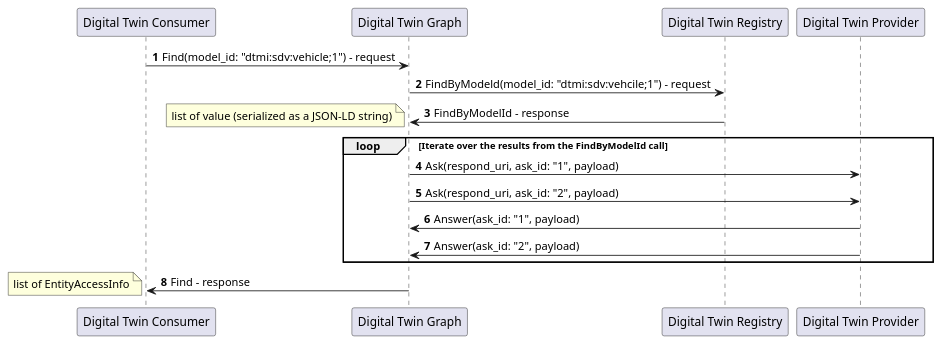
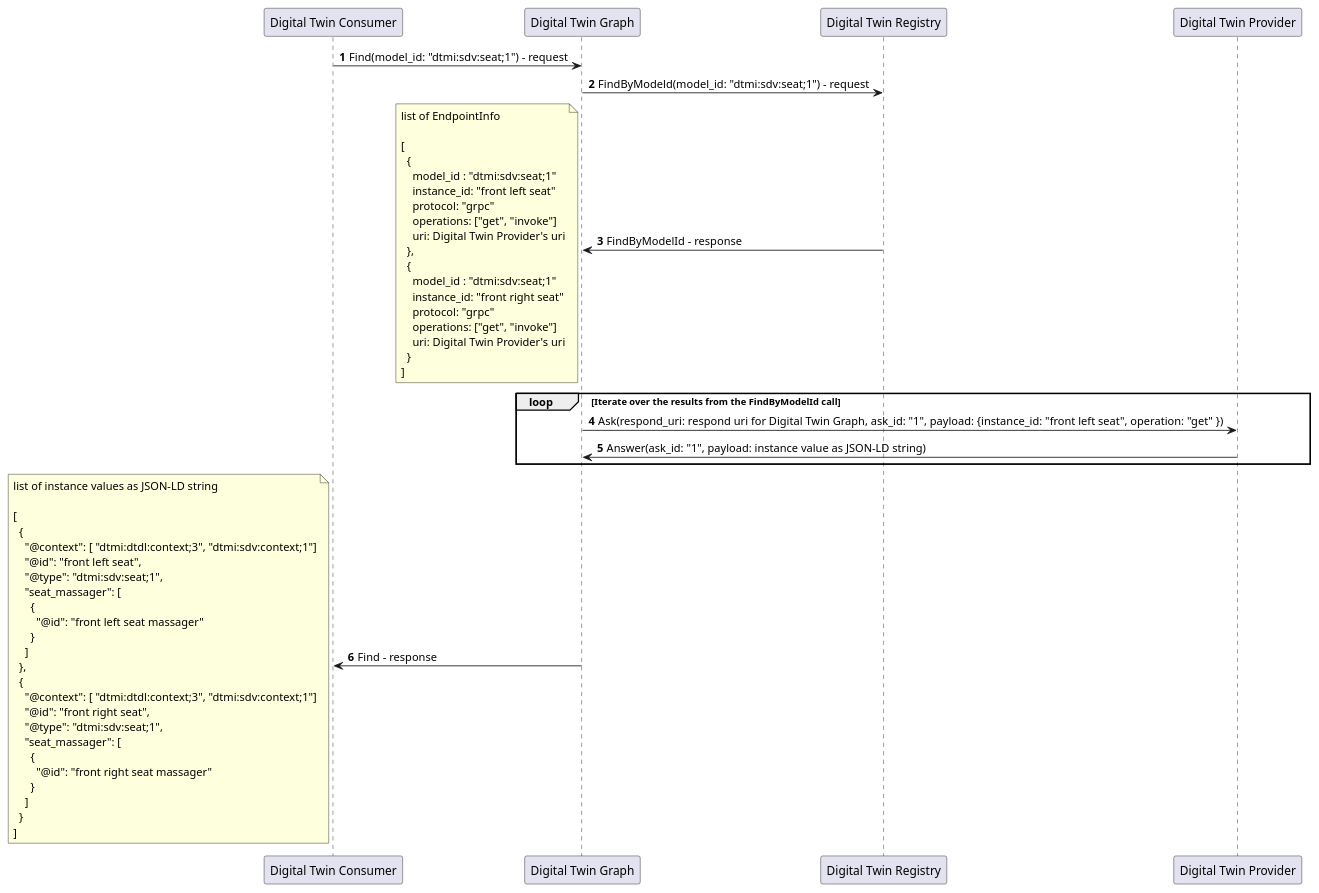
The diagram in docs/design/modules/digital_twin_graph/diagrams/find_sequence.puml (eclipse-ibeji/ibeji), drawn with PlantUML before and after one commit. The commit also changed 9 other files, not shown here.

Commit message:
Digital Twin Graph

```diff
--- a/docs/design/modules/digital_twin_graph/diagrams/find_sequence.puml
+++ b/docs/design/modules/digital_twin_graph/diagrams/find_sequence.puml
@@ -1,31 +1,69 @@
 @startuml
 
 autonumber
 
 participant "Digital Twin Consumer" as CONSUMER
 participant "Digital Twin Graph" as DIGITAL_TWIN_GRAPH
 participant "Digital Twin Registry" as DIGITAL_TWIN_REGISTRY
 participant "Digital Twin Provider" as PROVIDER
 
-CONSUMER -> DIGITAL_TWIN_GRAPH: Find(model_id: "dtmi:sdv:vehicle;1") - request
+CONSUMER -> DIGITAL_TWIN_GRAPH: Find(model_id: "dtmi:sdv:seat;1") - request
 
-DIGITAL_TWIN_GRAPH -> DIGITAL_TWIN_REGISTRY: FindByModeld(model_id: "dtmi:sdv:vehcile;1") - request
+DIGITAL_TWIN_GRAPH -> DIGITAL_TWIN_REGISTRY: FindByModeld(model_id: "dtmi:sdv:seat;1") - request
 
 DIGITAL_TWIN_GRAPH <- DIGITAL_TWIN_REGISTRY: FindByModelId - response
 note left
-  list of value (serialized as a JSON-LD string)
+  list of EndpointInfo
+
+  [
+    {
+      model_id : "dtmi:sdv:seat;1"
+      instance_id: "front left seat"
+      protocol: "grpc"
+      operations: ["get", "invoke"]
+      uri: Digital Twin Provider's uri
+    },
+    {
+      model_id : "dtmi:sdv:seat;1"
+      instance_id: "front right seat"
+      protocol: "grpc"
+      operations: ["get", "invoke"]
+      uri: Digital Twin Provider's uri
+    }
+  ]
 end note
 
 loop Iterate over the results from the FindByModelId call
-DIGITAL_TWIN_GRAPH -> PROVIDER: Ask(respond_uri, ask_id: "1", payload)
-DIGITAL_TWIN_GRAPH -> PROVIDER: Ask(respond_uri, ask_id: "2", payload)
-DIGITAL_TWIN_GRAPH <- PROVIDER: Answer(ask_id: "1", payload)
-DIGITAL_TWIN_GRAPH <- PROVIDER: Answer(ask_id: "2", payload)
+  DIGITAL_TWIN_GRAPH -> PROVIDER: Ask(respond_uri: respond uri for Digital Twin Graph, ask_id: "1", payload: {instance_id: "front left seat", operation: "get" })
+  DIGITAL_TWIN_GRAPH <- PROVIDER: Answer(ask_id: "1", payload: instance value as JSON-LD string)
 end
 
 CONSUMER <- DIGITAL_TWIN_GRAPH: Find - response
 note left
-  list of EntityAccessInfo
+  list of instance values as JSON-LD string
+
+  [
+    {
+      "@context": [ "dtmi:dtdl:context;3", "dtmi:sdv:context;1"]
+      "@id": "front left seat",
+      "@type": "dtmi:sdv:seat;1",
+      "seat_massager": [
+        {
+          "@id": "front left seat massager"
+        }
+      ]
+    },
+    {
+      "@context": [ "dtmi:dtdl:context;3", "dtmi:sdv:context;1"]
+      "@id": "front right seat",
+      "@type": "dtmi:sdv:seat;1",
+      "seat_massager": [
+        {
+          "@id": "front right seat massager"
+        }
+      ]
+    }
+  ]
 end note
 
 @enduml
```
